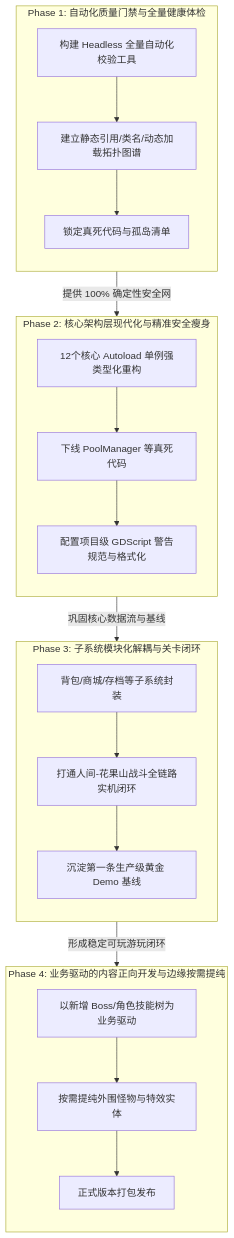
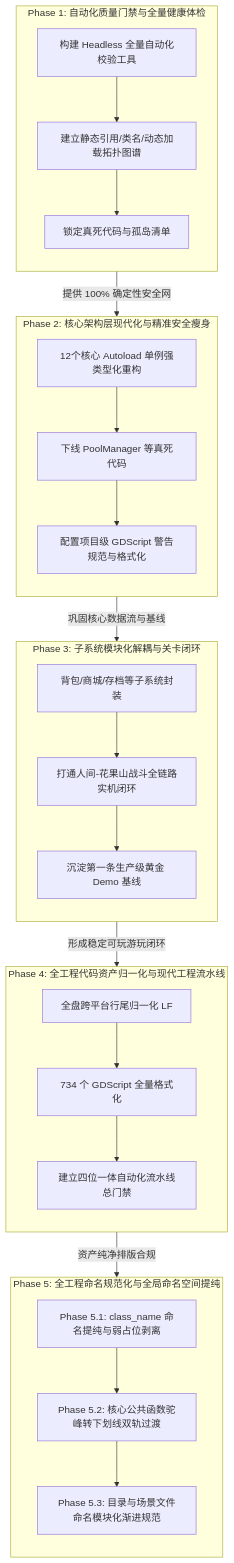
The diagram in docs/roadmap.md (0xnayuta/ZMXYBHYH), drawn with Mermaid before and after one commit. The commit also changed other lines of this file and 299 other files, not shown here.

````diff
--- a/docs/roadmap.md
+++ b/docs/roadmap.md
@@ -11,30 +11,37 @@
 ```mermaid
 flowchart TD
     subgraph P1 [Phase 1: 自动化质量门禁与全量健康体检]
         direction TB
         A1[构建 Headless 全量自动化校验工具] --> A2[建立静态引用/类名/动态加载拓扑图谱]
         A2 --> A3[锁定真死代码与孤岛清单]
     end
 
     subgraph P2 [Phase 2: 核心架构层现代化与精准安全瘦身]
         direction TB
         B1[12个核心 Autoload 单例强类型化重构] --> B2[下线 PoolManager 等真死代码]
         B2 --> B3[配置项目级 GDScript 警告规范与格式化]
     end
 
     subgraph P3 [Phase 3: 子系统模块化解耦与关卡闭环]
         direction TB
         C1[背包/商城/存档等子系统封装] --> C2[打通人间-花果山战斗全链路实机闭环]
         C2 --> C3[沉淀第一条生产级黄金 Demo 基线]
     end
 
-    subgraph P4 [Phase 4: 业务驱动的内容正向开发与边缘按需提纯]
+    subgraph P4 [Phase 4: 全工程代码资产归一化与现代工程流水线]
         direction TB
-        D1[以新增 Boss/角色技能树为业务驱动] --> D2[按需提纯外围怪物与特效实体]
-        D2 --> D3[正式版本打包发布]
+        D1[全盘跨平台行尾归一化 LF] --> D2[734 个 GDScript 全量格式化]
+        D2 --> D3[建立四位一体自动化流水线总门禁]
+    end
+
+    subgraph P5 [Phase 5: 全工程命名规范化与全局命名空间提纯]
+        direction TB
+        E1[Phase 5.1: class_name 命名提纯与弱占位剥离] --> E2[Phase 5.2: 核心公共函数驼峰转下划线双轨过渡]
+        E2 --> E3[Phase 5.3: 目录与场景文件命名模块化渐进规范]
     end
 
     P1 -->|提供 100% 确定性安全网| P2
     P2 -->|巩固核心数据流与基线| P3
     P3 -->|形成稳定可玩游玩闭环| P4
+    P4 -->|资产纯净排版合规| P5
 ```
````
